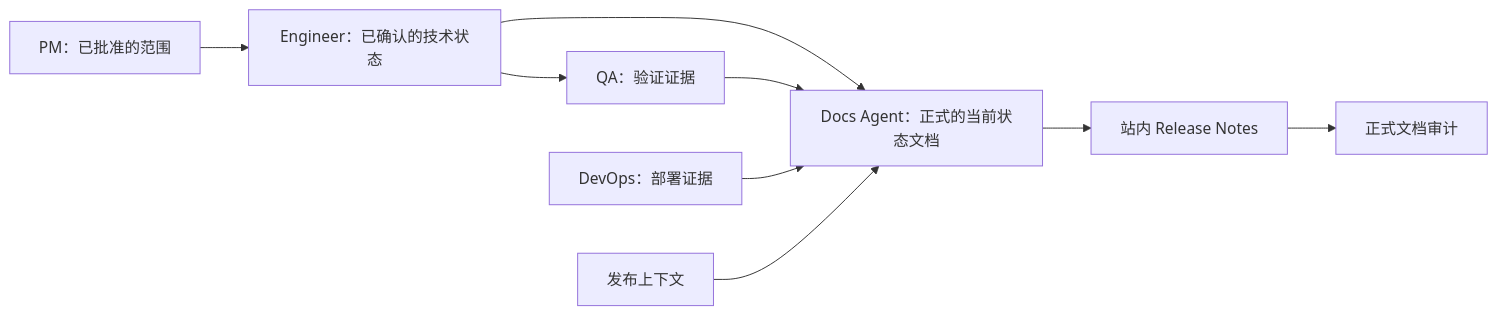
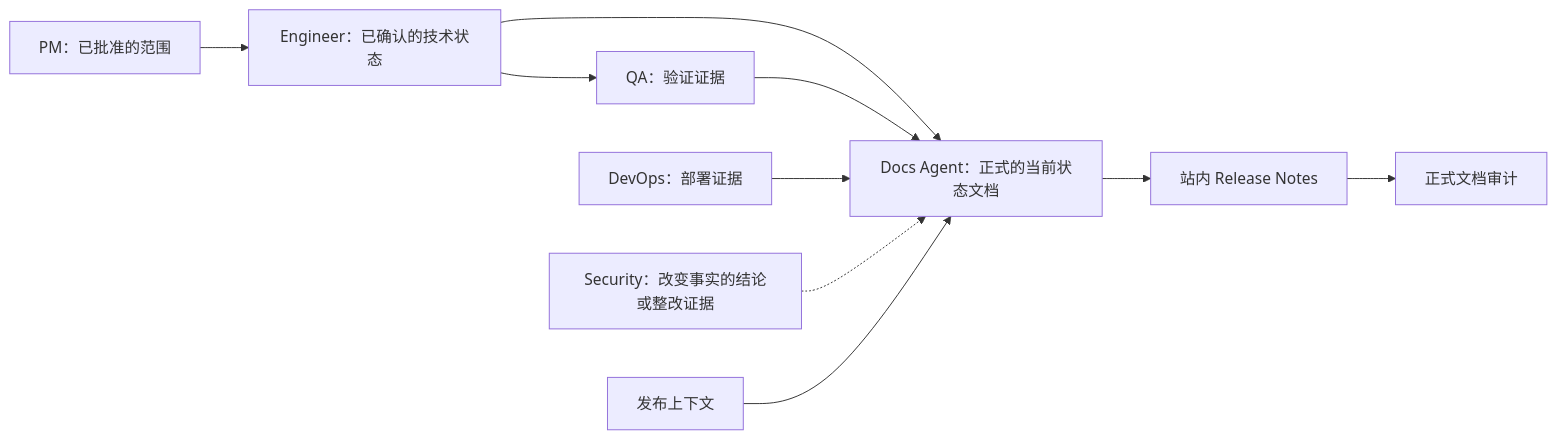
Before and after one commit to Neplich/dev-agent-skills: the diagram in agents/docs/README_zh.md, drawn with Mermaid. The commit also changed other lines of this file and 8 other files, not shown here.

````diff
--- a/agents/docs/README_zh.md
+++ b/agents/docs/README_zh.md
@@ -52,11 +52,12 @@
 ```mermaid
 flowchart LR
     PM["PM：已批准的范围"] --> Engineer["Engineer：已确认的技术状态"]
     Engineer --> QA["QA：验证证据"]
     Engineer --> Docs["Docs Agent：正式的当前状态文档"]
     QA --> Docs
     DevOps["DevOps：部署证据"] --> Docs
+    Security["Security：改变事实的结论或整改证据"] -.-> Docs
     Release["发布上下文"] --> Docs
     Docs --> Notes["站内 Release Notes"]
     Notes --> Audit["正式文档审计"]
 ```
````
